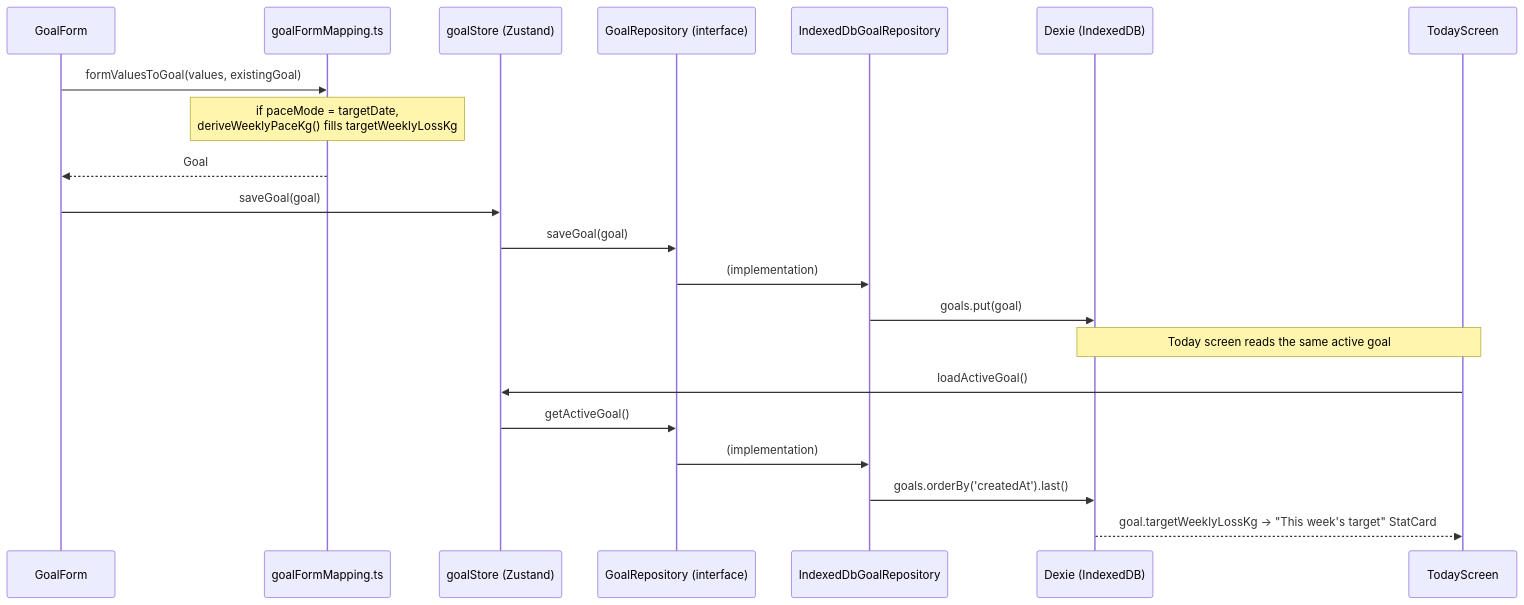
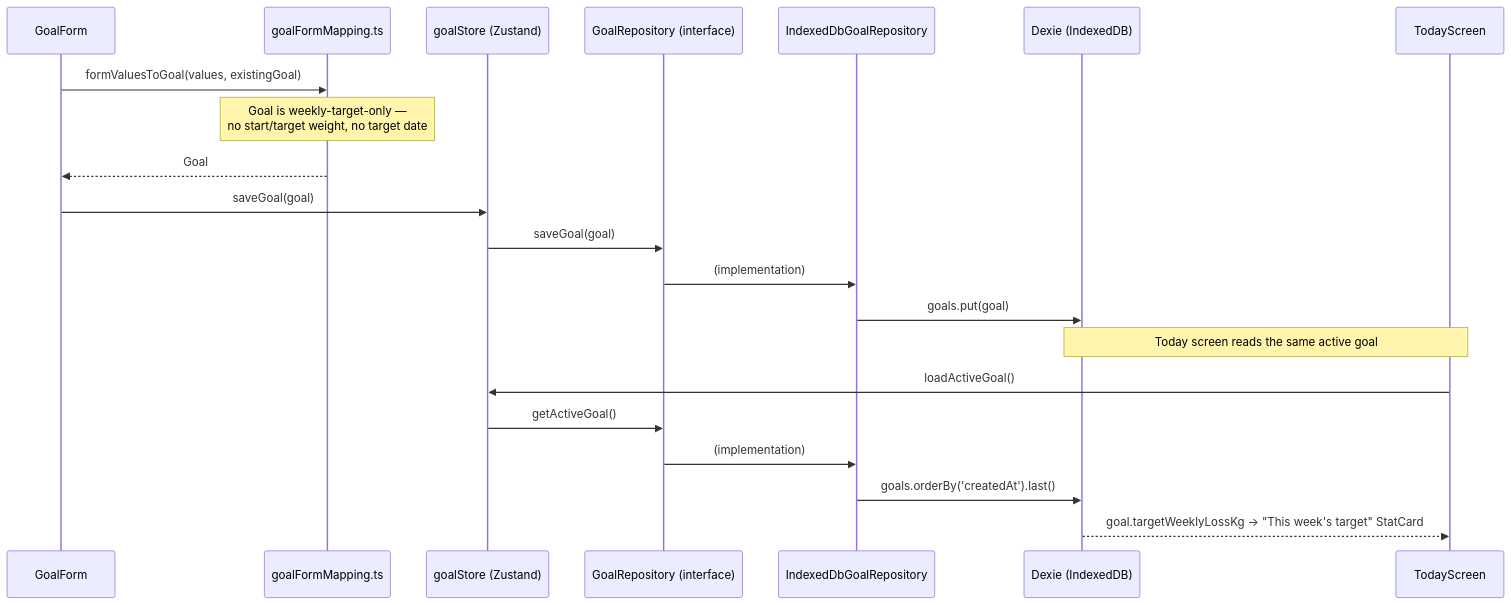
One commit to ZhannaM85/turtle-steps-to-the-goal changed the second of 3 diagrams in docs/ARCHITECTURE.md. Above: the diagram before and after it, drawn with Mermaid. The commit also changed other lines of this file, not shown here.

First line of the commit message:
Refresh ARCHITECTURE.md for #12/#13/#14 (three issues of drift)

````diff
--- a/docs/ARCHITECTURE.md
+++ b/docs/ARCHITECTURE.md
@@ -52,25 +52,25 @@
 ```mermaid
 sequenceDiagram
     participant GF as GoalForm
     participant GM as goalFormMapping.ts
     participant GS as goalStore (Zustand)
     participant GR as GoalRepository (interface)
     participant GI as IndexedDbGoalRepository
     participant DB as Dexie (IndexedDB)
     participant TS as TodayScreen
 
     GF->>GM: formValuesToGoal(values, existingGoal)
-    Note over GM: if paceMode = targetDate,<br/>deriveWeeklyPaceKg() fills targetWeeklyLossKg
+    Note over GM: Goal is weekly-target-only —<br/>no start/target weight, no target date
     GM-->>GF: Goal
     GF->>GS: saveGoal(goal)
     GS->>GR: saveGoal(goal)
     GR->>GI: (implementation)
     GI->>DB: goals.put(goal)
 
     Note over TS,DB: Today screen reads the same active goal
     TS->>GS: loadActiveGoal()
     GS->>GR: getActiveGoal()
     GR->>GI: (implementation)
     GI->>DB: goals.orderBy('createdAt').last()
     DB-->>TS: goal.targetWeeklyLossKg → "This week's target" StatCard
 ```
````
